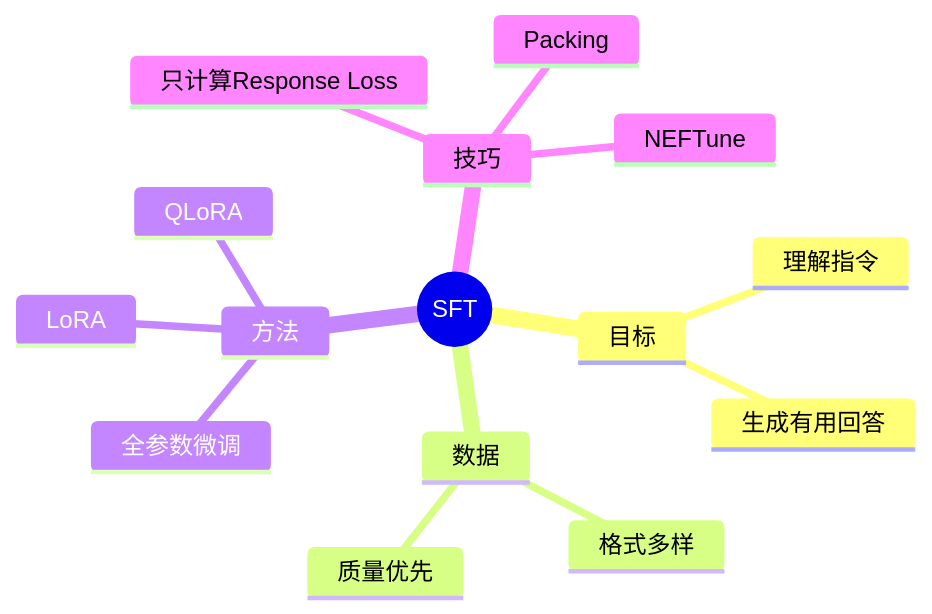
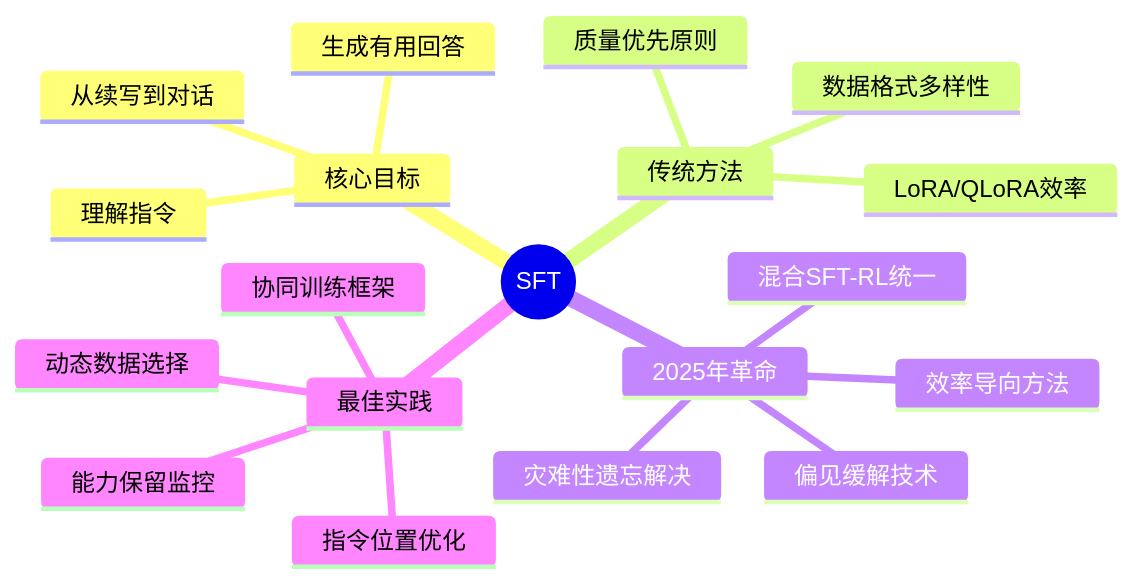
Before and after one commit to Xunzhuo/mini-sglang: diagram 14 of 14 in learning/website/docs/basics/11-sft.md, drawn with Mermaid. The commit also changed other lines of this file and 7 other files, not shown here.

````diff
--- a/learning/website/docs/basics/11-sft.md
+++ b/learning/website/docs/basics/11-sft.md
@@ -224,18 +364,22 @@
 ```mermaid
 mindmap
   root((SFT))
-    目标
+    核心目标
       理解指令
       生成有用回答
-    数据
-      格式多样
-      质量优先
-    方法
-      全参数微调
-      LoRA
-      QLoRA
-    技巧
-      只计算Response Loss
-      Packing
-      NEFTune
+      从续写到对话
+    传统方法
+      数据格式多样性
+      质量优先原则
+      LoRA/QLoRA效率
+    2025年革命
+      混合SFT-RL统一
+      效率导向方法
+      偏见缓解技术
+      灾难性遗忘解决
+    最佳实践
+      动态数据选择
+      能力保留监控
+      指令位置优化
+      协同训练框架
 ```
````
